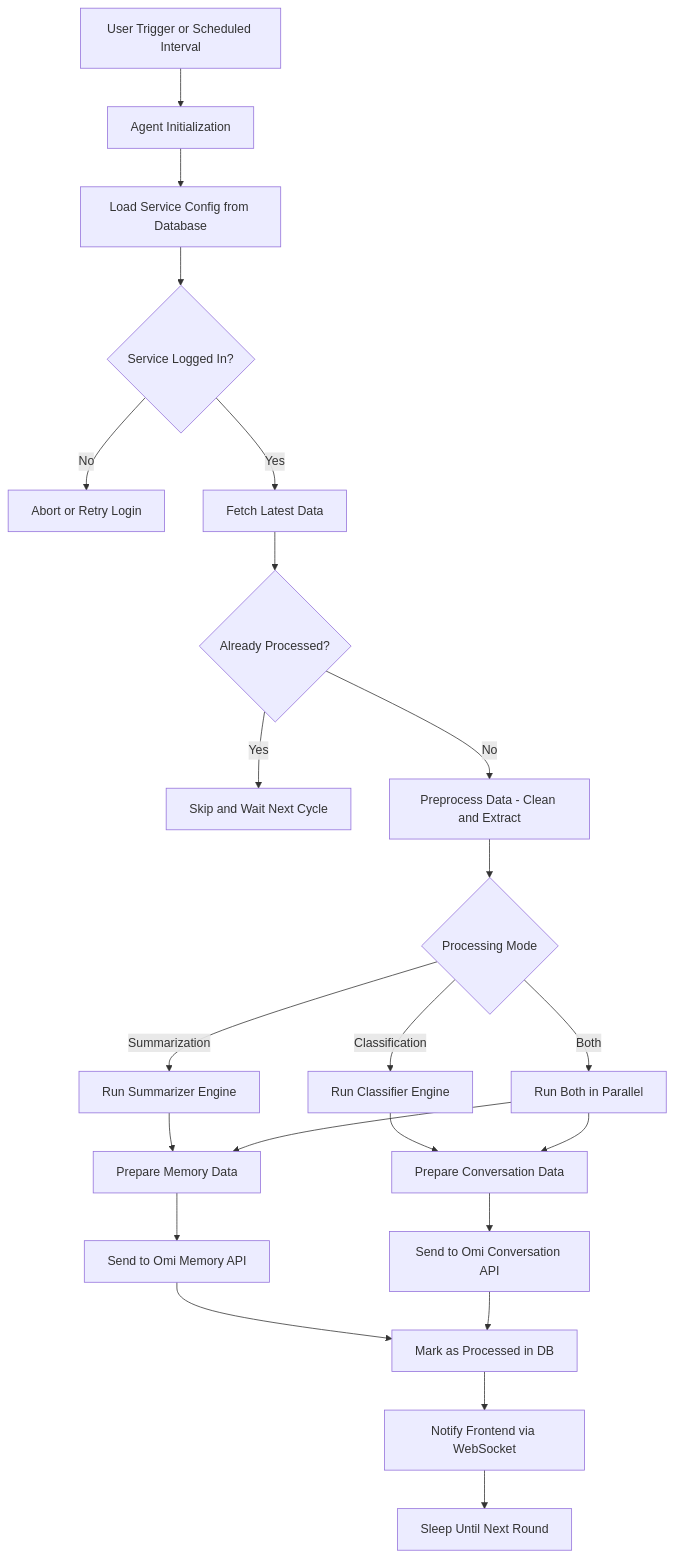
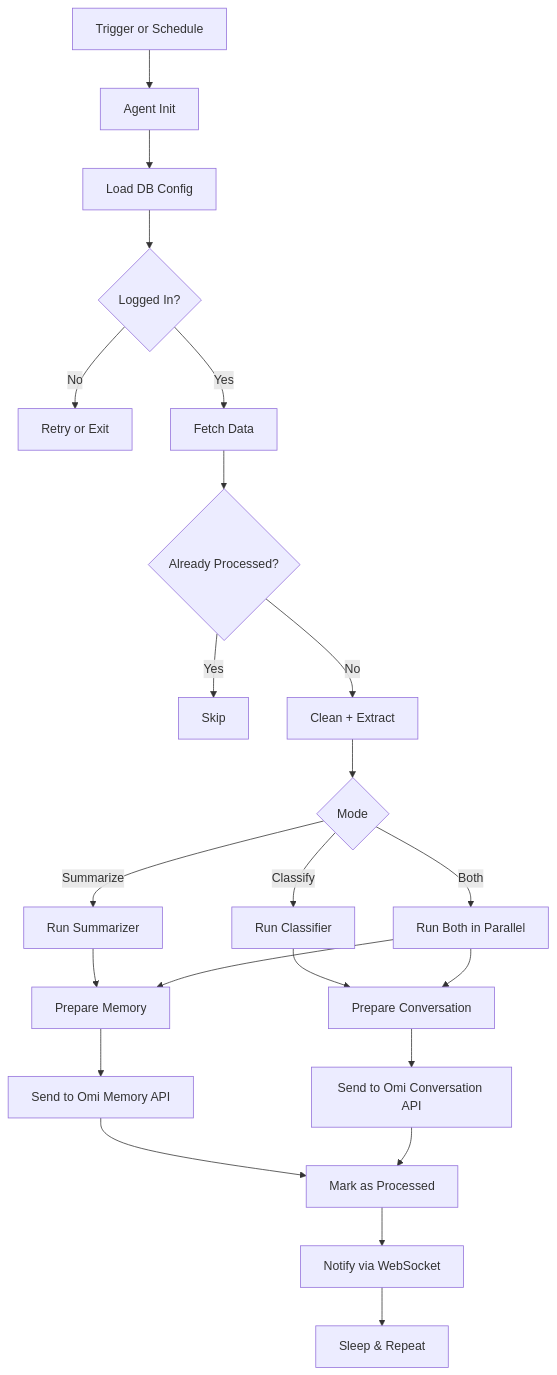
Before and after one commit to ibrahimAlbyrk/AgentMate: the diagram in README.md, drawn with Mermaid. The commit also changed other lines of this file, not shown here.

````diff
--- a/README.md
+++ b/README.md
@@ -139,29 +75,23 @@
 ```mermaid
 flowchart TD
-    A[User Trigger or Scheduled Interval] --> B[Agent Initialization]
-    B --> C[Load Service Config from Database]
-    C --> D{Service Logged In?}
-    D -- No --> D1[Abort or Retry Login]
-    D -- Yes --> E[Fetch Latest Data]
-
-    E --> F{Already Processed?}
-    F -- Yes --> F1[Skip and Wait Next Cycle]
-    F -- No --> G[Preprocess Data - Clean and Extract]
-
-    G --> H{Processing Mode}
-    H -- Summarization --> I1[Run Summarizer Engine]
-    H -- Classification --> I2[Run Classifier Engine]
-    H -- Both --> I3[Run Both in Parallel]
-
-    I1 --> J[Prepare Memory Data]
-    I2 --> K[Prepare Conversation Data]
-    I3 --> J & K
-
-    J --> L[Send to Omi Memory API]
-    K --> M[Send to Omi Conversation API]
-
-    L --> N[Mark as Processed in DB]
-    M --> N
-    N --> O[Notify Frontend via WebSocket]
-    O --> P[Sleep Until Next Round]
+    A[Trigger or Schedule] --> B[Agent Init]
+    B --> C[Load DB Config]
+    C --> D{Logged In?}
+    D -- No --> E1[Retry or Exit]
+    D -- Yes --> F[Fetch Data]
+    F --> G{Already Processed?}
+    G -- Yes --> H1[Skip]
+    G -- No --> I[Clean + Extract]
+    I --> J{Mode}
+    J -- Summarize --> K1[Run Summarizer]
+    J -- Classify --> K2[Run Classifier]
+    J -- Both --> K3[Run Both in Parallel]
+    K1 --> L[Prepare Memory]
+    K2 --> M[Prepare Conversation]
+    K3 --> L & M
+    L --> N[Send to Omi Memory API]
+    M --> O[Send to Omi Conversation API]
+    N & O --> P[Mark as Processed]
+    P --> Q[Notify via WebSocket]
+    Q --> R[Sleep & Repeat]
 ```
````
